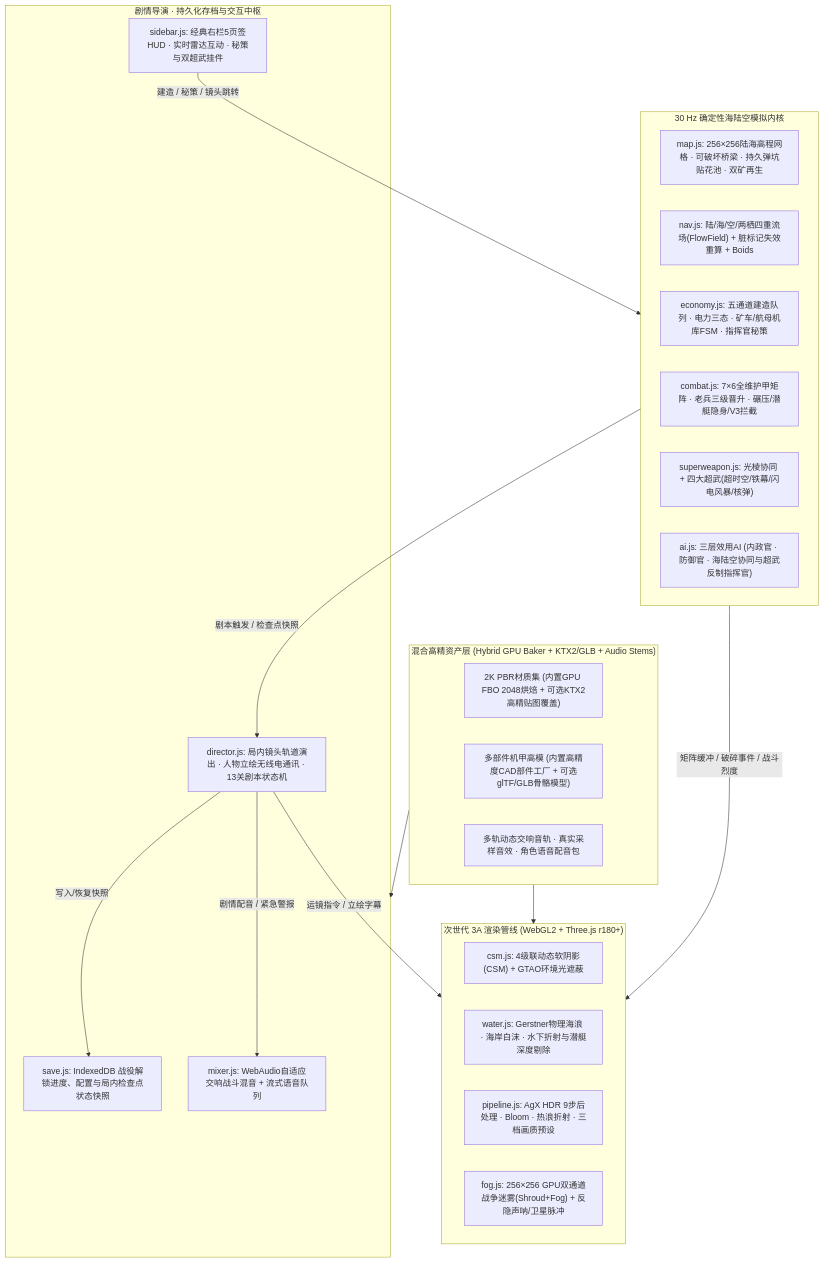
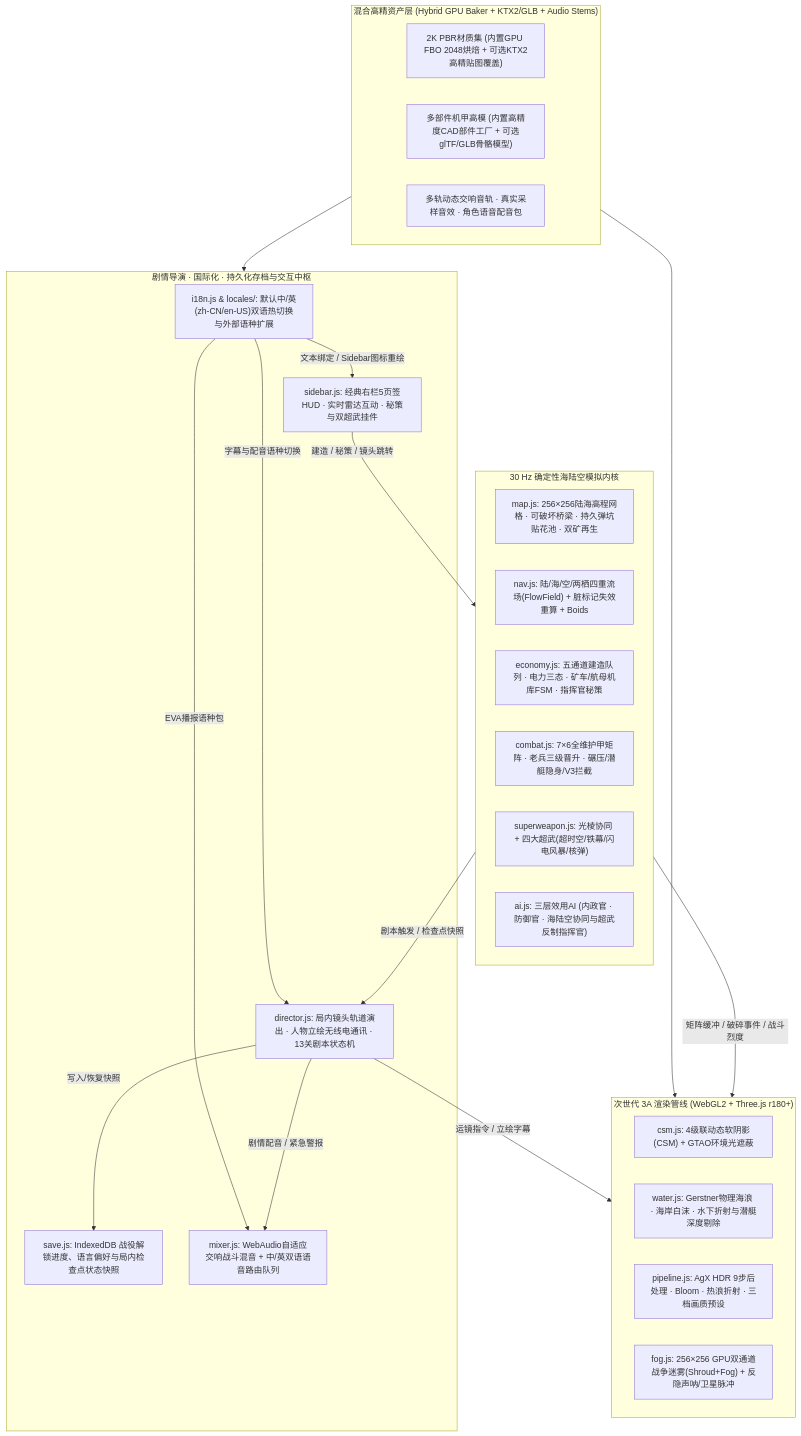
Before and after one commit to mullvadcat/RedAlert3A: the first of 2 diagrams in docs/SDD.md, drawn with Mermaid. The commit also changed other lines of this file and 2 other files, not shown here.

````diff
--- a/docs/SDD.md
+++ b/docs/SDD.md
@@ -13,40 +13,44 @@
 ```mermaid
 flowchart TB
     subgraph Assets["混合高精资产层 (Hybrid GPU Baker + KTX2/GLB + Audio Stems)"]
         TEX["2K PBR材质集 (内置GPU FBO 2048烘焙 + 可选KTX2高精贴图覆盖)"]
         MDL["多部件机甲高模 (内置高精度CAD部件工厂 + 可选glTF/GLB骨骼模型)"]
         SND["多轨动态交响音轨 · 真实采样音效 · 角色语音配音包"]
     end
 
     subgraph Presentation["次世代 3A 渲染管线 (WebGL2 + Three.js r180+)"]
         CSM["csm.js: 4级联动态软阴影(CSM) + GTAO环境光遮蔽"]
         WTR["water.js: Gerstner物理海浪 · 海岸白沫 · 水下折射与潜艇深度剔除"]
         RP["pipeline.js: AgX HDR 9步后处理 · Bloom · 热浪折射 · 三档画质预设"]
         FOG["fog.js: 256×256 GPU双通道战争迷雾(Shroud+Fog) + 反隐声呐/卫星脉冲"]
     end
 
     subgraph Simulation["30 Hz 确定性海陆空模拟内核"]
         MAP["map.js: 256×256陆海高程网格 · 可破坏桥梁 · 持久弹坑贴花池 · 双矿再生"]
         NAV["nav.js: 陆/海/空/两栖四重流场(FlowField) + 脏标记失效重算 + Boids"]
         ECO["economy.js: 五通道建造队列 · 电力三态 · 矿车/航母机库FSM · 指挥官秘策"]
         CMB["combat.js: 7×6全维护甲矩阵 · 老兵三级晋升 · 碾压/潜艇隐身/V3拦截"]
         SW["superweapon.js: 光棱协同 + 四大超武(超时空/铁幕/闪电风暴/核弹)"]
         AI["ai.js: 三层效用AI (内政官 · 防御官 · 海陆空协同与超武反制指挥官)"]
     end
 
-    subgraph StoryUI["剧情导演 · 持久化存档与交互中枢"]
-        SAVE["save.js: IndexedDB 战役解锁进度、配置与局内检查点状态快照"]
+    subgraph StoryUI["剧情导演 · 国际化 · 持久化存档与交互中枢"]
+        I18N["i18n.js & locales/: 默认中/英(zh-CN/en-US)双语热切换与外部语种扩展"]
+        SAVE["save.js: IndexedDB 战役解锁进度、语言偏好与局内检查点状态快照"]
         DIR["director.js: 局内镜头轨道演出 · 人物立绘无线电通讯 · 13关剧本状态机"]
         SIDE["sidebar.js: 经典右栏5页签HUD · 实时雷达互动 · 秘策与双超武挂件"]
-        AUD["mixer.js: WebAudio自适应交响战斗混音 + 流式语音队列"]
+        AUD["mixer.js: WebAudio自适应交响战斗混音 + 中/英双语语音路由队列"]
     end
 
     Assets --> Presentation
     Assets --> StoryUI
+    I18N -->|"文本绑定 / Sidebar图标重绘"| SIDE
+    I18N -->|"字幕与配音语种切换"| DIR
+    I18N -->|"EVA播报语种包"| AUD
     SIDE -->|"建造 / 秘策 / 镜头跳转"| Simulation
     Simulation -->|"矩阵缓冲 / 破碎事件 / 战斗烈度"| Presentation
     Simulation -->|"剧本触发 / 检查点快照"| DIR
     DIR -->|"写入/恢复快照"| SAVE
     DIR -->|"运镜指令 / 立绘字幕"| Presentation
     DIR -->|"剧情配音 / 紧急警报"| AUD
 ```
````
